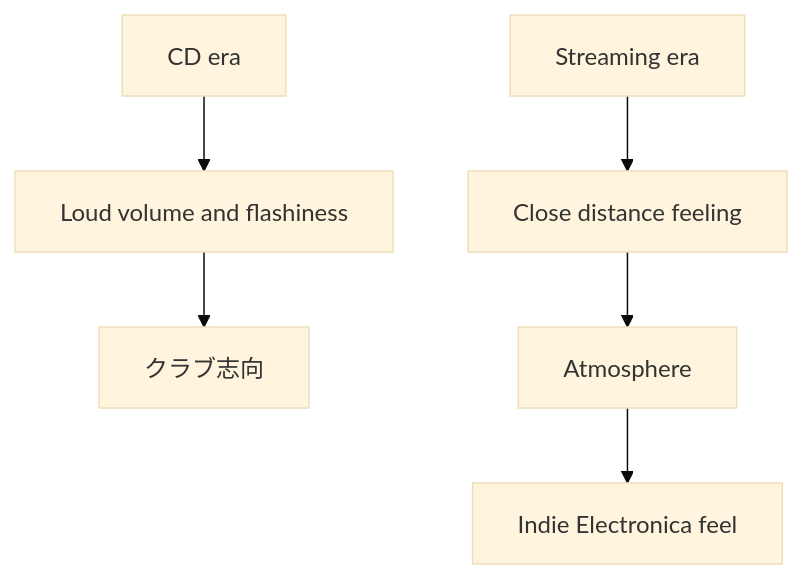
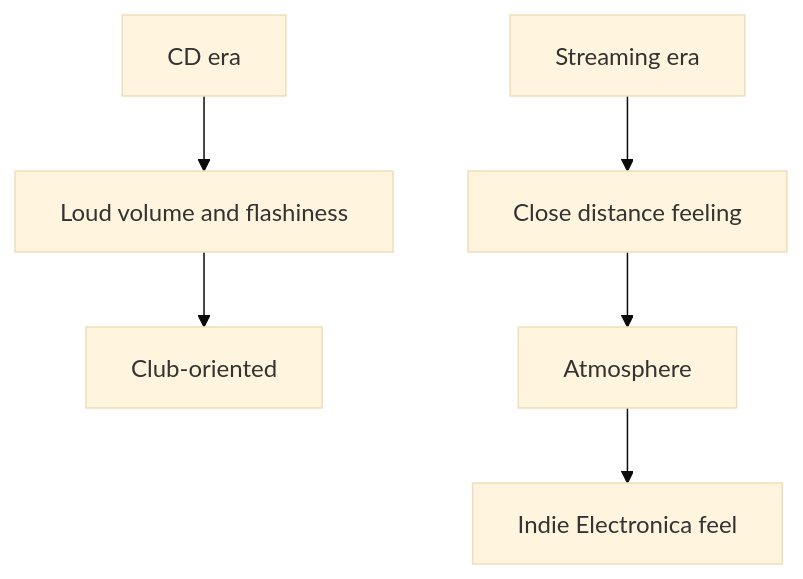
Before and after one commit to monumental-movement/monumental-movement.github.io: the third of 17 diagrams in en/_posts/2026-05-24-column-k-pop-indie-electronica.md, drawn with Mermaid (base theme). The commit also changed other lines of this file and 851 other files, not shown here.

```diff
--- a/en/_posts/2026-05-24-column-k-pop-indie-electronica.md
+++ b/en/_posts/2026-05-24-column-k-pop-indie-electronica.md
@@ -123,9 +123,9 @@
 <div class="mermaid">
 flowchart TD
 A["CD era"] --> B["Loud volume and flashiness"]
-B --> C["クラブ志向"]
+B --> C["Club-oriented"]
 
 D["Streaming era"] --> E["Close distance feeling"]
 E --> F["Atmosphere"]
 F --> G["Indie Electronica feel"]
 </div>
```
